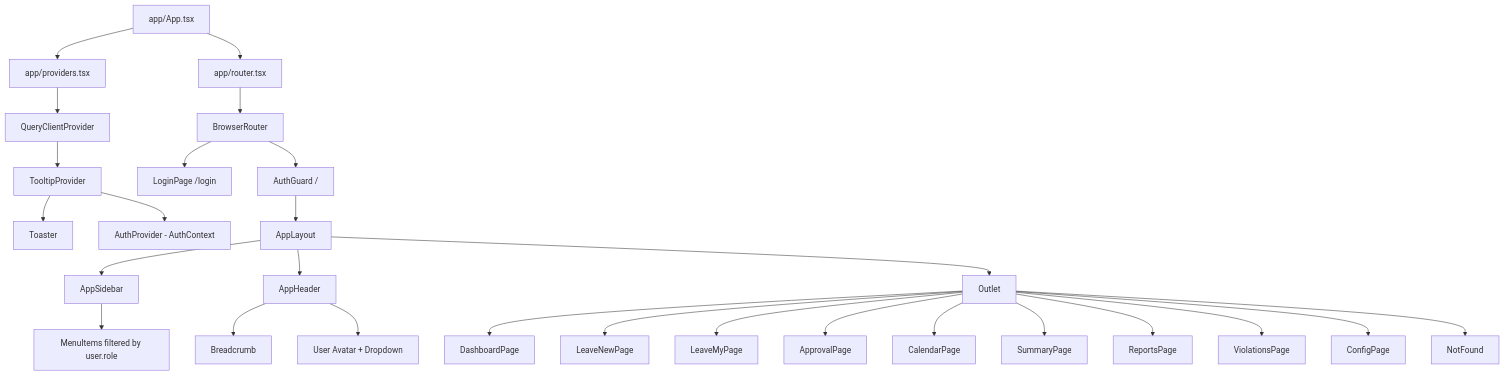
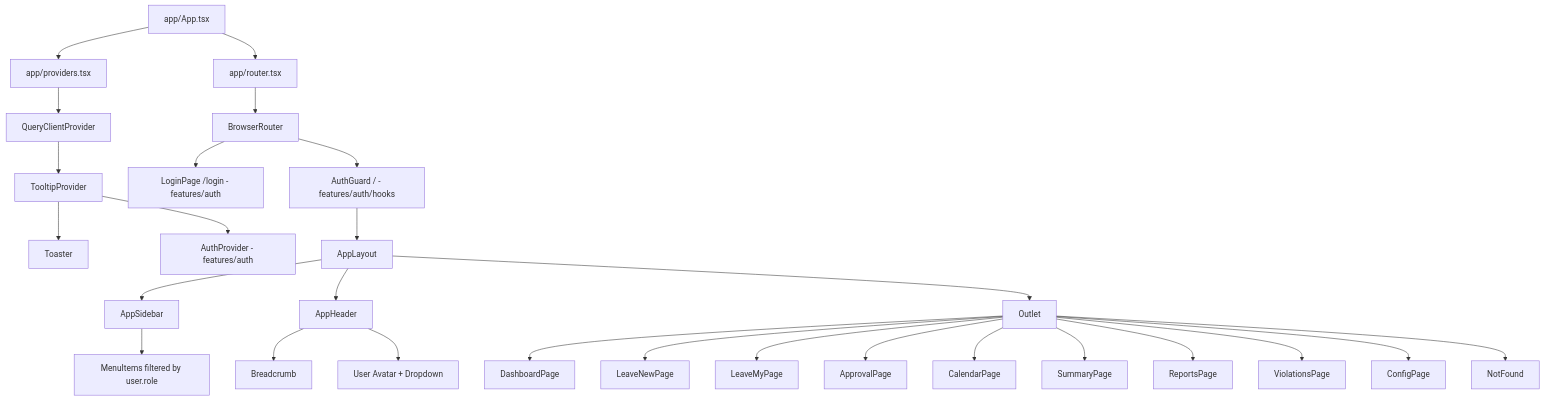
Before and after one commit to Ali-AnNT/qlnp-ttcds: the first of 7 diagrams in docs/system-architecture.md, drawn with Mermaid. The commit also changed other lines of this file and 23 other files, not shown here.

First line of the commit message:
refactor(web): migrate auth to VSA features/auth structure

````diff
--- a/docs/system-architecture.md
+++ b/docs/system-architecture.md
@@ -107,31 +108,31 @@
 ```mermaid
 graph TD
     App[app/App.tsx]
     App --> Providers[app/providers.tsx]
     Providers --> QCP[QueryClientProvider]
     QCP --> TP[TooltipProvider]
     TP --> Toaster
-    TP --> AP[AuthProvider - AuthContext]
+    TP --> AP[AuthProvider - features/auth]
     App --> Router[app/router.tsx]
     Router --> BR[BrowserRouter]
-    BR --> LP[LoginPage /login]
-    BR --> AG[AuthGuard /]
+    BR --> LP[LoginPage /login - features/auth]
+    BR --> AG[AuthGuard / - features/auth/hooks]
     AG --> AL[AppLayout]
     AL --> AS[AppSidebar]
     AL --> AH[AppHeader]
     AL --> OUT[Outlet]
     OUT --> DP[DashboardPage]
     OUT --> LNP[LeaveNewPage]
     OUT --> LMP[LeaveMyPage]
     OUT --> APV[ApprovalPage]
     OUT --> CP[CalendarPage]
     OUT --> SP[SummaryPage]
     OUT --> RP[ReportsPage]
     OUT --> VP[ViolationsPage]
     OUT --> CFP[ConfigPage]
     OUT --> NF[NotFound]
 
     AS --> MenuItems[MenuItems filtered by user.role]
     AH --> BC[Breadcrumb]
     AH --> UserMenu[User Avatar + Dropdown]
 ```
````
